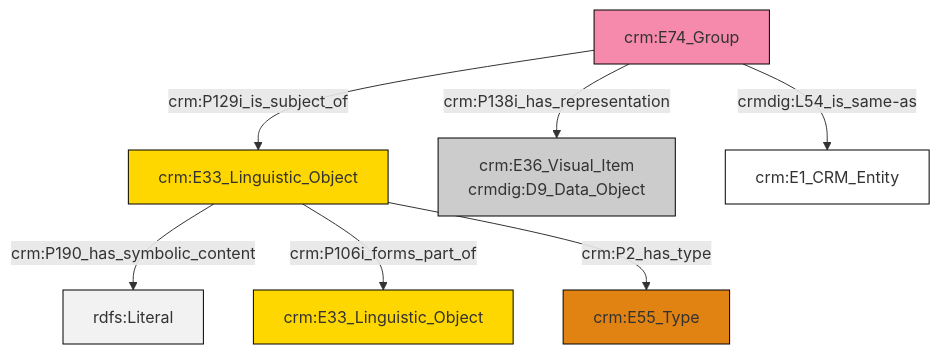
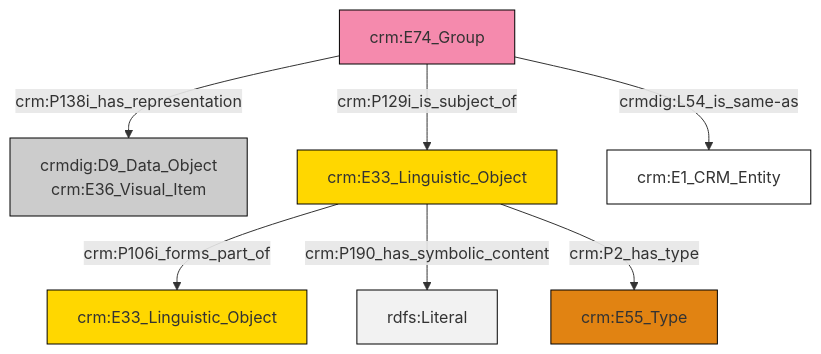
One commit to swiss-art-research-net/reference-data-models changed the diagram in et/groupCSV/ttl/mmd/group_documentation.ttl.mmd. Above: the diagram before and after it, drawn with Mermaid. The commit also changed 125 other files, not shown here.

```diff
--- a/et/groupCSV/ttl/mmd/group_documentation.ttl.mmd
+++ b/et/groupCSV/ttl/mmd/group_documentation.ttl.mmd
@@ -1,21 +1,21 @@
 graph TD
 classDef Literal fill:#f2f2f2,stroke:#000000;
 classDef CRM_Entity fill:#FFFFFF,stroke:#000000;
 classDef Temporal_Entity fill:#00C9E6, stroke:#000000;
 classDef Type fill:#E18312, stroke:#000000;
 classDef Time-Span fill:#2C9C91, stroke:#000000;
 classDef Appellation fill:#FFEB7F, stroke:#000000;
 classDef Place fill:#008836, stroke:#000000;
 classDef Persistent_Item fill:#B266B2, stroke:#000000;
 classDef Conceptual_Object fill:#FFD700, stroke:#000000;
 classDef Physical_Thing fill:#D2B48C, stroke:#000000;
 classDef Actor fill:#f58aad, stroke:#000000;
 classDef PC_Classes fill:#4ce600, stroke:#000000;
 classDef Multi fill:#cccccc,stroke:#000000;
 
-2["crm:E33_Linguistic_Object"]:::Conceptual_Object -->|crm:P190_has_symbolic_content| 3[rdfs:Literal]:::Literal
-0["crm:E74_Group"]:::Actor -->|crmdig:L54_is_same-as| 8["crm:E1_CRM_Entity"]:::CRM_Entity
-2["crm:E33_Linguistic_Object"]:::Conceptual_Object -->|crm:P106i_forms_part_of| 9["crm:E33_Linguistic_Object"]:::Conceptual_Object
-0["crm:E74_Group"]:::Actor -->|crm:P138i_has_representation| 4["crm:E36_Visual_Item<br>crmdig:D9_Data_Object"]:::Multi
-0["crm:E74_Group"]:::Actor -->|crm:P129i_is_subject_of| 2["crm:E33_Linguistic_Object"]:::Conceptual_Object
-2["crm:E33_Linguistic_Object"]:::Conceptual_Object -->|crm:P2_has_type| 6["crm:E55_Type"]:::Type
+4["crm:E33_Linguistic_Object"]:::Conceptual_Object -->|crm:P106i_forms_part_of| 0["crm:E33_Linguistic_Object"]:::Conceptual_Object
+4["crm:E33_Linguistic_Object"]:::Conceptual_Object -->|crm:P190_has_symbolic_content| 7[rdfs:Literal]:::Literal
+8["crm:E74_Group"]:::Actor -->|crmdig:L54_is_same-as| 5["crm:E1_CRM_Entity"]:::CRM_Entity
+8["crm:E74_Group"]:::Actor -->|crm:P138i_has_representation| 2["crmdig:D9_Data_Object<br>crm:E36_Visual_Item"]:::Multi
+4["crm:E33_Linguistic_Object"]:::Conceptual_Object -->|crm:P2_has_type| 11["crm:E55_Type"]:::Type
+8["crm:E74_Group"]:::Actor -->|crm:P129i_is_subject_of| 4["crm:E33_Linguistic_Object"]:::Conceptual_Object
```
